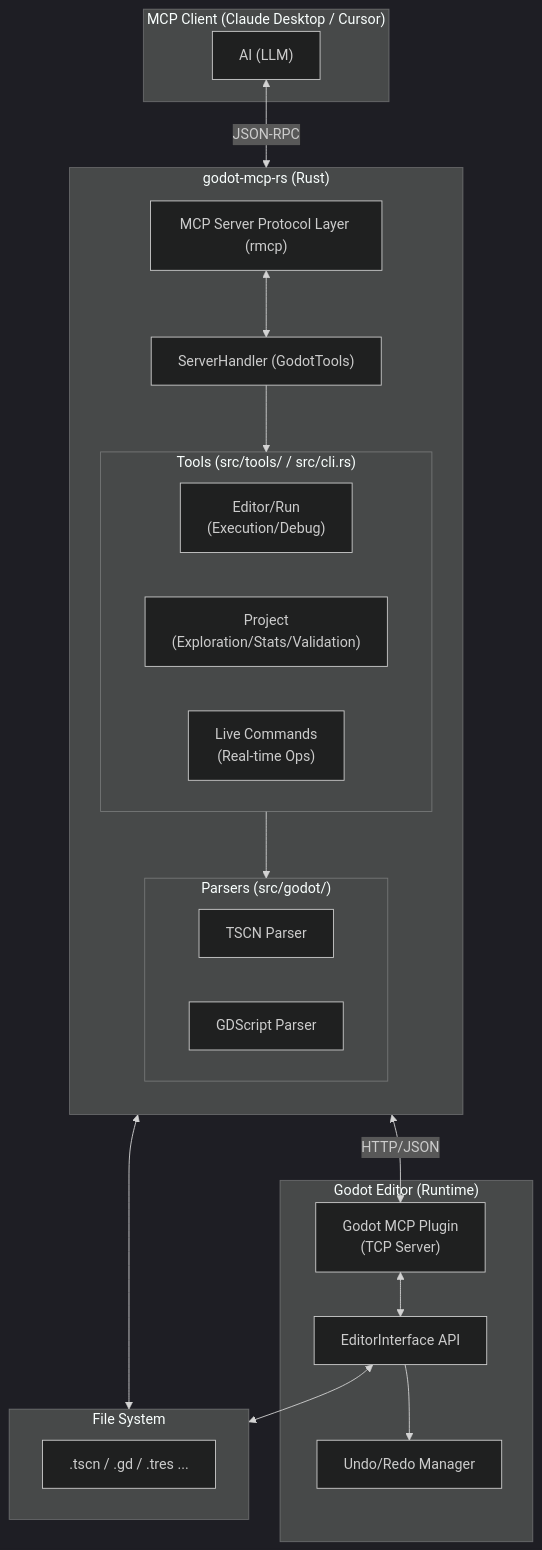
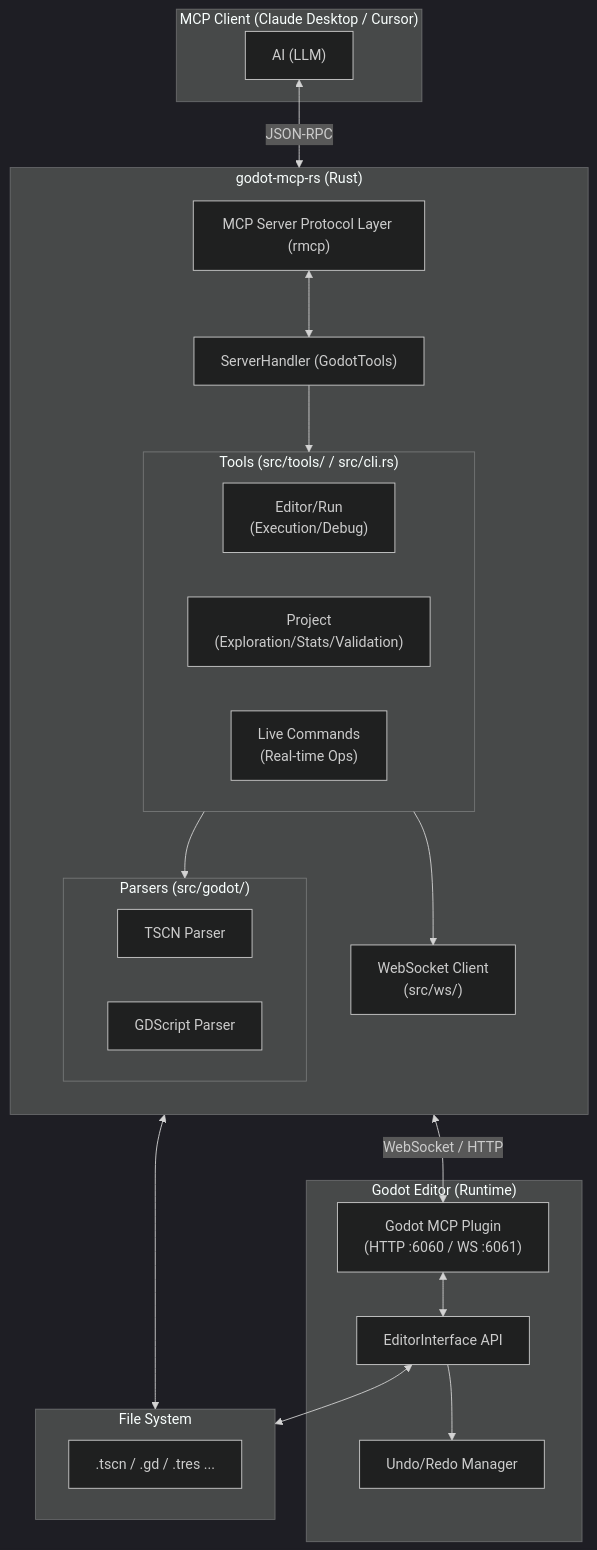
The diagram in docs/ARCHITECTURE.en.md (MERY-Sheep/godot-mcp-rs), drawn with Mermaid (dark theme) before and after one commit. The commit also changed other lines of this file and 48 other files, not shown here.

First line of the commit message:
feat: WebSocket migration for low-latency bidirectional communication

````diff
--- a/docs/ARCHITECTURE.en.md
+++ b/docs/ARCHITECTURE.en.md
@@ -10,48 +10,51 @@
 ```mermaid
 flowchart TB
     subgraph Host["MCP Client (Claude Desktop / Cursor)"]
         Client["AI (LLM)"]
     end
 
     subgraph Server["godot-mcp-rs (Rust)"]
         direction TB
         MCP["MCP Server Protocol Layer (rmcp)"]
         Handler["ServerHandler (GodotTools)"]
 
         subgraph Tools["Tools (src/tools/ / src/cli.rs)"]
             direction LR
             ED["Editor/Run<br/>(Execution/Debug)"]
             PT["Project<br/>(Exploration/Stats/Validation)"]
             LIVE["Live Commands<br/>(Real-time Ops)"]
         end
 
         subgraph Parsers["Parsers (src/godot/)"]
             direction LR
             TSCN["TSCN Parser"]
             GD["GDScript Parser"]
         end
+
+        WS["WebSocket Client<br/>(src/ws/)"]
     end
 
     subgraph GodotEditor["Godot Editor (Runtime)"]
-        Plugin["Godot MCP Plugin<br/>(TCP Server)"]
+        Plugin["Godot MCP Plugin<br/>(HTTP :6060 / WS :6061)"]
         EditorCore["EditorInterface API"]
         History["Undo/Redo Manager"]
     end
 
     subgraph FS["File System"]
         FILES[".tscn / .gd / .tres ..."]
     end
 
     Client <-->|"JSON-RPC"| MCP
     MCP <--> Handler
     Handler --> Tools
     Tools --> Parsers
+    Tools --> WS
 
-    %% Live Flow
-    Tools <-->|"HTTP/JSON"| Plugin
+    %% Live Flow (WebSocket preferred, HTTP fallback)
+    WS <-->|"WebSocket / HTTP"| Plugin
     Plugin <--> EditorCore
     EditorCore --> History
 
     Parsers <--> FS
     EditorCore <--> FS
 ```
````
